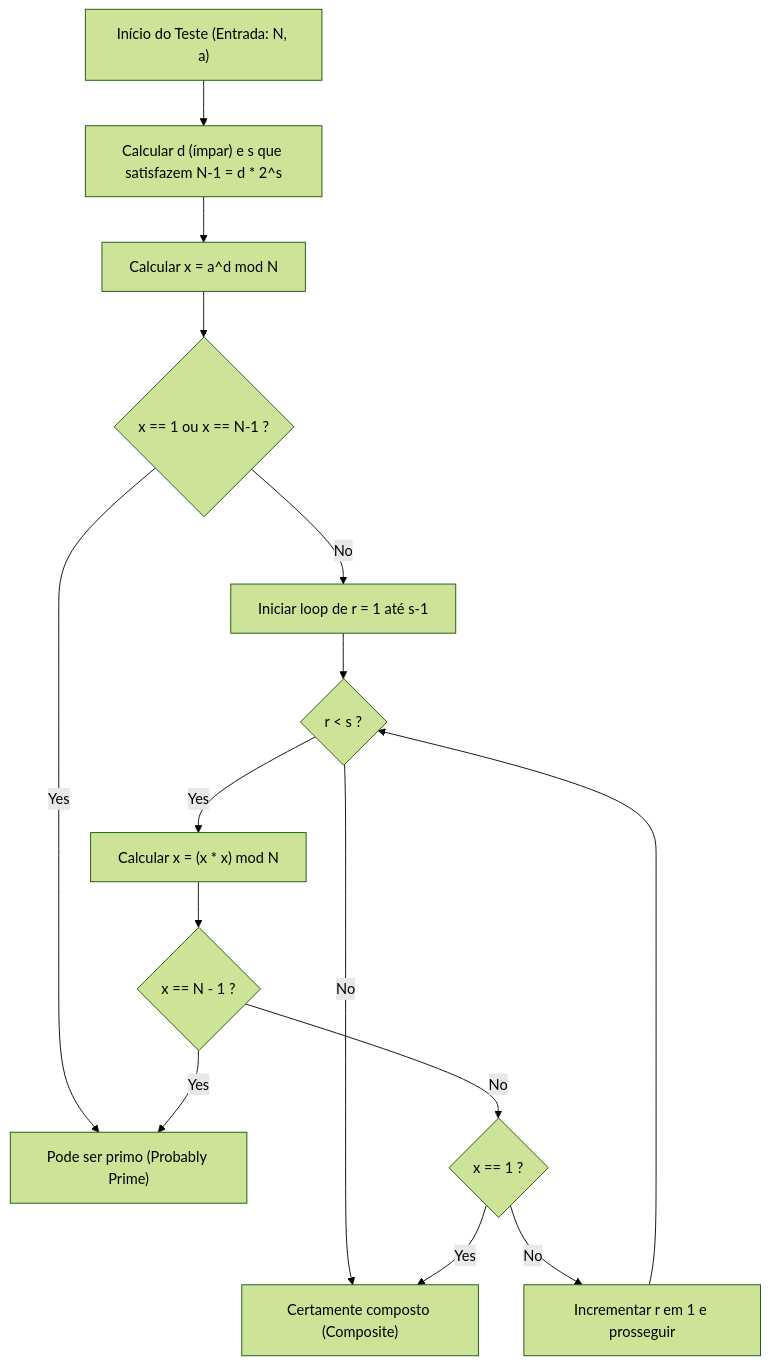
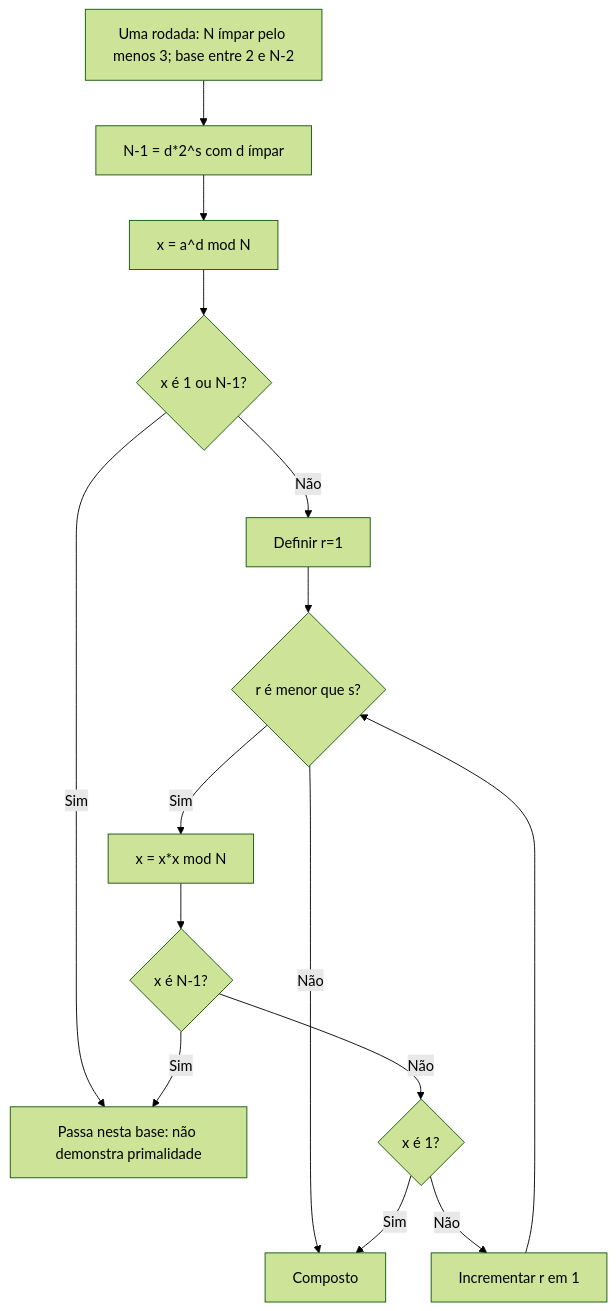
The first of 2 diagrams in content/post/cppで実装する高速な素数判定アルゴリズム/index.pt.md (kenjinote/blog), drawn with Mermaid (forest theme) before and after one commit. The commit also changed other lines of this file and 5 other files, not shown here.

Commit message:
Review Portuguese primality article and localize diagram branch checks

````diff
--- a/content/post/cppで実装する高速な素数判定アルゴリズム/index.pt.md
+++ b/content/post/cppで実装する高速な素数判定アルゴリズム/index.pt.md
@@ -123,20 +116,17 @@
 ```mermaid
 graph TD
-    Start["Início do Teste (Entrada: N, a)"] --> CalcDS["Calcular d (ímpar) e s que satisfazem N-1 = d * 2^s"]
-    CalcDS --> CalcX["Calcular x = a^d mod N"]
-    CalcX --> CheckX1{"x == 1 ou x == N-1 ?"}
-    CheckX1 -- Yes --> ReturnTrue["Pode ser primo (Probably Prime)"]
-    CheckX1 -- No --> LoopStart["Iniciar loop de r = 1 até s-1"]
-    
-    LoopStart --> LoopCondition{"r < s ?"}
-    LoopCondition -- No --> ReturnFalse["Certamente composto (Composite)"]
-    LoopCondition -- Yes --> SquareX["Calcular x = (x * x) mod N"]
-    
-    SquareX --> CheckXMinus1{"x == N - 1 ?"}
-    CheckXMinus1 -- Yes --> ReturnTrue
-    CheckXMinus1 -- No --> CheckXOne{"x == 1 ?"}
-    
-    CheckXOne -- Yes --> ReturnFalse
-    CheckXOne -- No --> LoopNext["Incrementar r em 1 e prosseguir"]
-    LoopNext --> LoopCondition
+    Start["Uma rodada: N ímpar pelo menos 3; base entre 2 e N-2"] --> DS["N-1 = d*2^s com d ímpar"]
+    DS --> Power["x = a^d mod N"]
+    Power --> First{"x é 1 ou N-1?"}
+    First -- Sim --> Pass["Passa nesta base: não demonstra primalidade"]
+    First -- Não --> Init["Definir r=1"]
+    Init --> More{"r é menor que s?"}
+    More -- Não --> Fail["Composto"]
+    More -- Sim --> Square["x = x*x mod N"]
+    Square --> Minus{"x é N-1?"}
+    Minus -- Sim --> Pass
+    Minus -- Não --> One{"x é 1?"}
+    One -- Sim --> Fail
+    One -- Não --> Next["Incrementar r em 1"]
+    Next --> More
 ```
````
